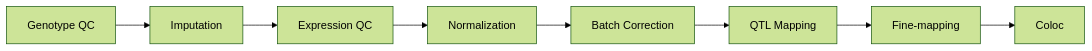
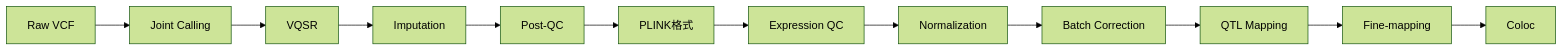
One commit to cupcake777/cupcake777.github.io changed the diagram in cc-site/content/notes/qtl-pipeline-guide.md. Above: the diagram before and after it, drawn with Mermaid (forest theme). The commit also changed other lines of this file and 4 other files, not shown here.

Commit message:
add code blocks, mermaid diagrams, and technical substance back to notes

````diff
--- a/cc-site/content/notes/qtl-pipeline-guide.md
+++ b/cc-site/content/notes/qtl-pipeline-guide.md
@@ -15,10 +11,14 @@
 ```mermaid
 flowchart LR
-    A[Genotype QC] --> B[Imputation]
-    B --> C[Expression QC]
-    C --> D[Normalization]
-    D --> E[Batch Correction]
-    E --> F[QTL Mapping]
-    F --> G[Fine-mapping]
-    G --> H[Coloc]
+    A[Raw VCF] --> B[Joint Calling]
+    B --> C[VQSR]
+    C --> D[Imputation]
+    D --> E[Post-QC]
+    E --> F[PLINK格式]
+    F --> G[Expression QC]
+    G --> H[Normalization]
+    H --> I[Batch Correction]
+    I --> J[QTL Mapping]
+    J --> K[Fine-mapping]
+    K --> L[Coloc]
 ```
````
